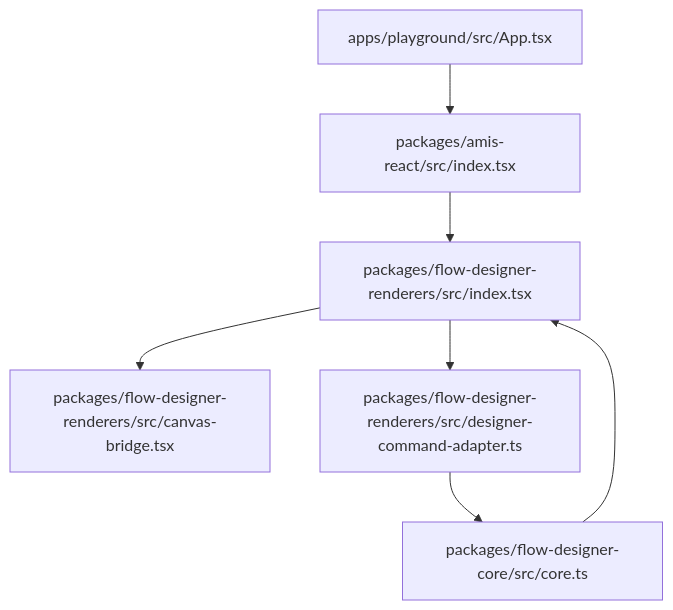
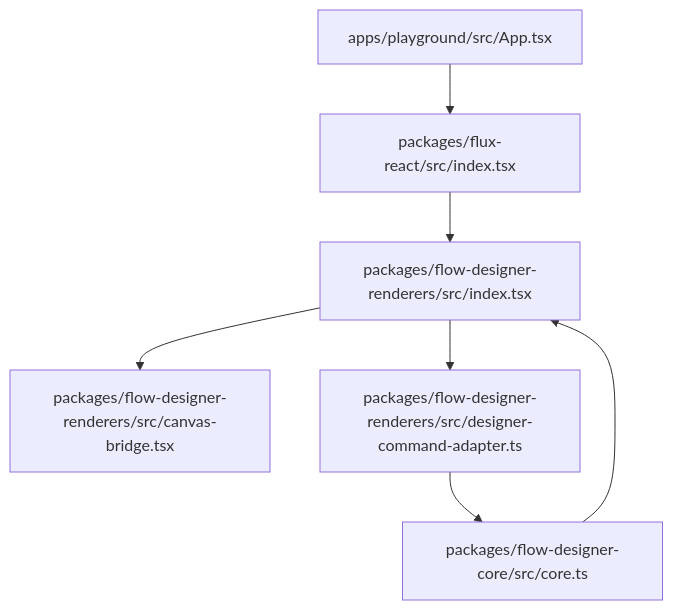
Before and after one commit to entropy-cloud/nop-chaos-flux: the second of 4 diagrams in docs/architecture/flow-designer/collaboration.md, drawn with Mermaid. The commit also changed other lines of this file and 41 other files, not shown here.

````diff
--- a/docs/architecture/flow-designer/collaboration.md
+++ b/docs/architecture/flow-designer/collaboration.md
@@ -191,9 +191,9 @@
 ```mermaid
 flowchart TD
-  A[apps/playground/src/App.tsx] --> B[packages/amis-react/src/index.tsx]
+  A[apps/playground/src/App.tsx] --> B[packages/flux-react/src/index.tsx]
   B --> C[packages/flow-designer-renderers/src/index.tsx]
   C --> D[packages/flow-designer-renderers/src/canvas-bridge.tsx]
   C --> E[packages/flow-designer-renderers/src/designer-command-adapter.ts]
   E --> F[packages/flow-designer-core/src/core.ts]
   F --> C
 ```
````
